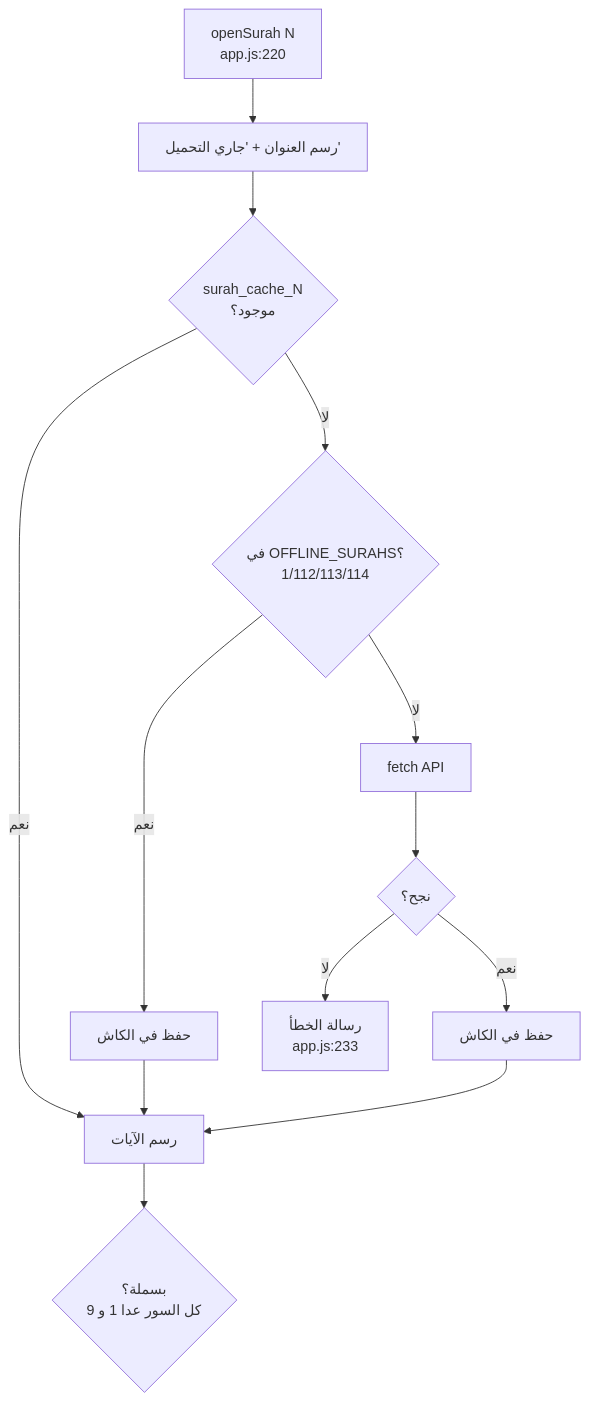
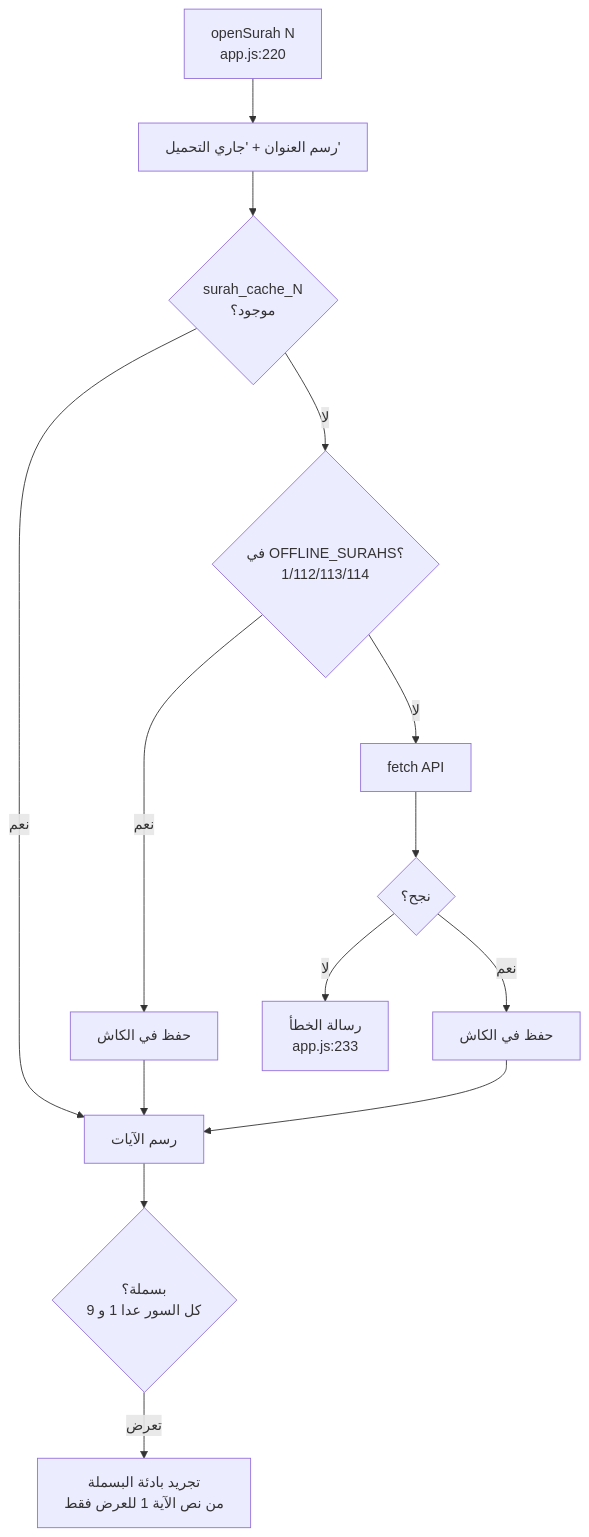
Before and after one commit to jabar-reda/quran-app: the second of 5 diagrams in docs/CODE-MAP.md, drawn with Mermaid. The commit also changed 2 other files, not shown here.

Commit message:
Strip API basmala prefix from ayah 1 at render time

````diff
--- a/docs/CODE-MAP.md
+++ b/docs/CODE-MAP.md
@@ -42,12 +42,13 @@
 ```mermaid
 flowchart TD
     A["openSurah N<br/>app.js:220"] --> T["رسم العنوان + 'جاري التحميل'"]
     T --> Q{"surah_cache_N<br/>موجود؟"}
     Q -- نعم --> RENDER["رسم الآيات"]
     Q -- لا --> O{"في OFFLINE_SURAHS؟<br/>1/112/113/114"}
     O -- نعم --> SAVE1["حفظ في الكاش"] --> RENDER
     O -- لا --> F["fetch API"] --> OK{"نجح؟"}
     OK -- نعم --> SAVE2["حفظ في الكاش"] --> RENDER
     OK -- لا --> ERR["رسالة الخطأ<br/>app.js:233"]
     RENDER --> B{"بسملة؟<br/>كل السور عدا 1 و 9"}
+    B -- تعرض --> STRIP["تجريد بادئة البسملة<br/>من نص الآية 1 للعرض فقط"]
 ```
````
